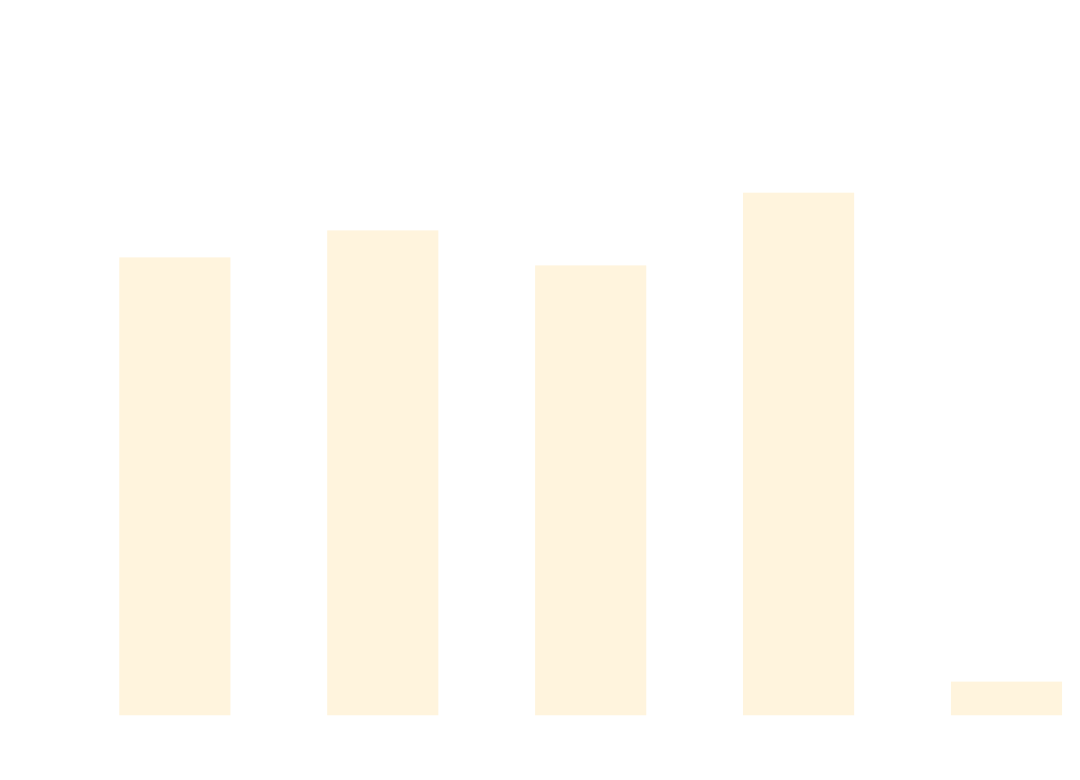
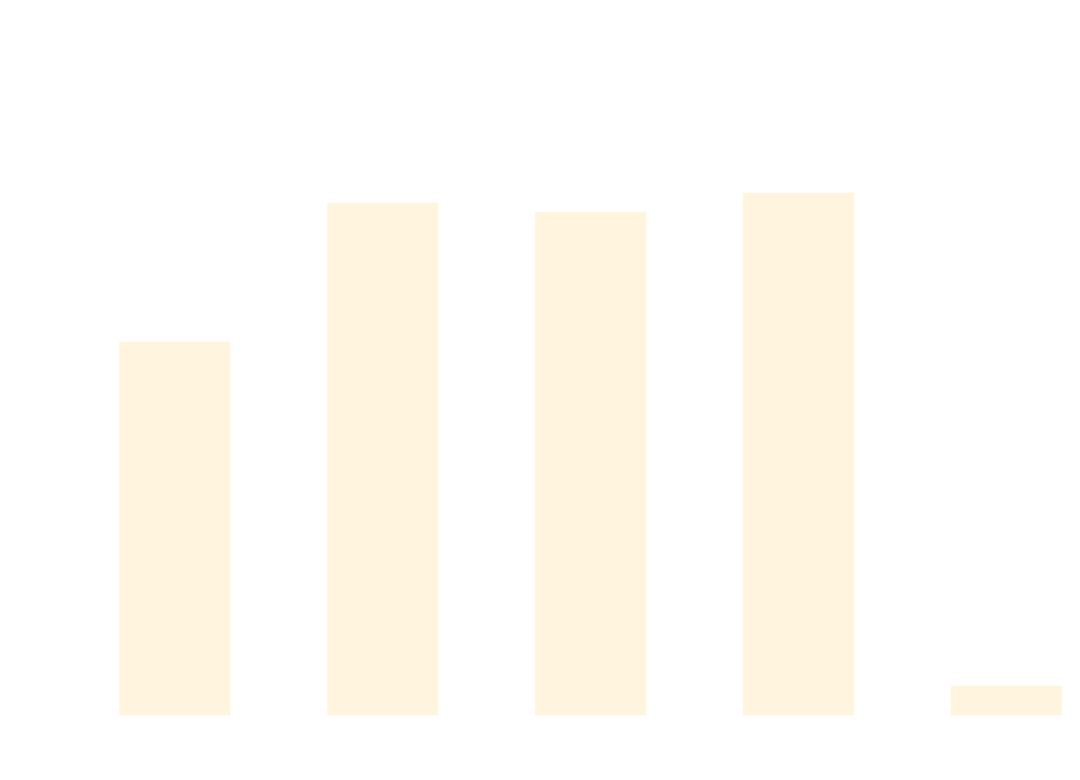
The diagram in docs/docs/benchmarks/DataDrivenTests.md (thomhurst/TUnit), drawn with Mermaid before and after one commit. The commit also changed other lines of this file and 17 other files, not shown here.

````diff
--- a/docs/docs/benchmarks/DataDrivenTests.md
+++ b/docs/docs/benchmarks/DataDrivenTests.md
@@ -27,37 +27,37 @@
 ```mermaid
 %%{init: {
   'theme':'base',
   'themeVariables': {
     'primaryColor': '#2563eb',
     'primaryTextColor': '#ffffff',
     'primaryBorderColor': '#1e40af',
     'lineColor': '#6b7280',
     'secondaryColor': '#7c3aed',
     'tertiaryColor': '#dc2626',
     'background': '#ffffff',
     'mainBkg': '#2563eb',
     'secondBkg': '#7c3aed',
     'tertiaryBkg': '#dc2626',
     'clusterBkg': '#f3f4f6',
     'edgeLabelBackground': '#ffffff',
     'tertiaryTextColor': '#1f2937',
     'pie1': '#2563eb',
     'pie2': '#7c3aed',
     'pie3': '#dc2626',
     'pie4': '#f59e0b',
     'pie5': '#10b981',
     'pie6': '#06b6d4',
     'pie7': '#ec4899',
     'pie8': '#6366f1',
     'pie9': '#84cc16',
     'pie10': '#f97316',
     'pie11': '#14b8a6',
     'pie12': '#a855f7'
   }
 }}%%
 xychart-beta
   title "DataDrivenTests Performance Comparison"
   x-axis ["TUnit", "NUnit", "MSTest", "xUnit3", "TUnit_AOT"]
-  y-axis "Time (ms)" 0 --> 689
-  bar [501.02, 531.32, 492.03, 573.68, 24.58]
+  y-axis "Time (ms)" 0 --> 858
+  bar [506.1, 700.46, 687.05, 714.25, 24.88]
 ```
````
